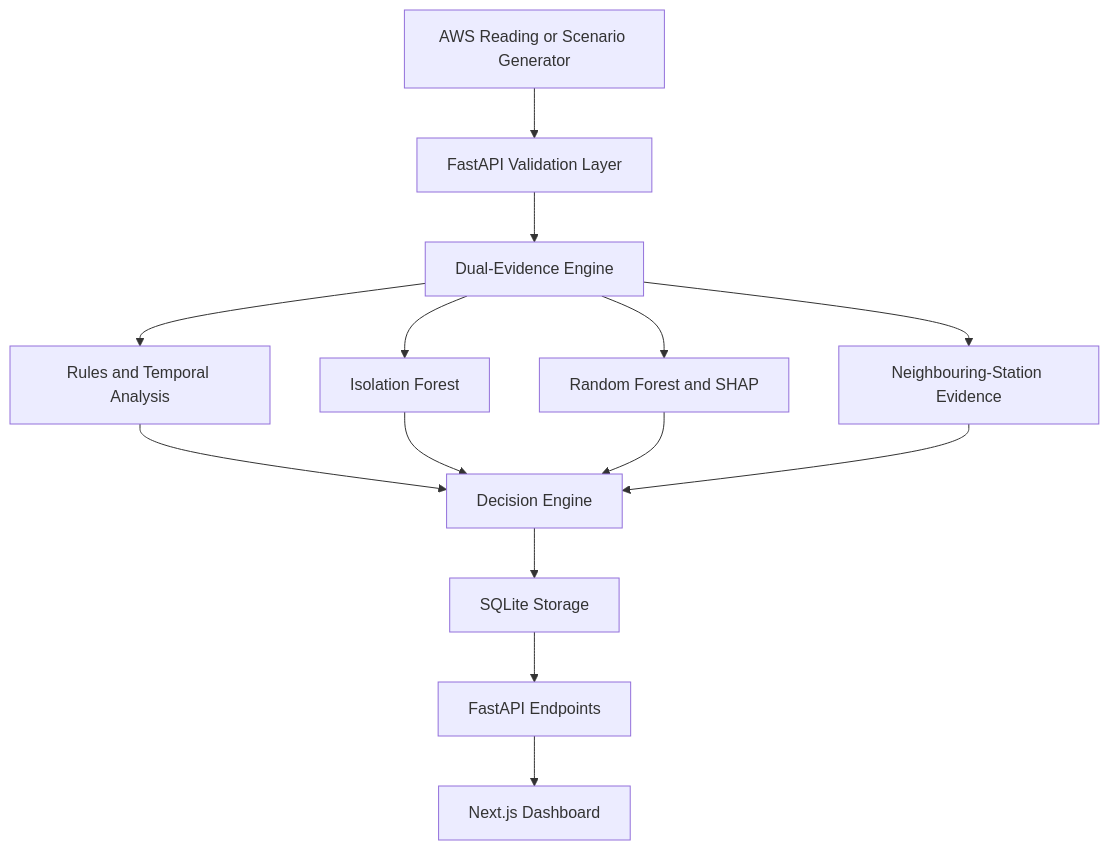
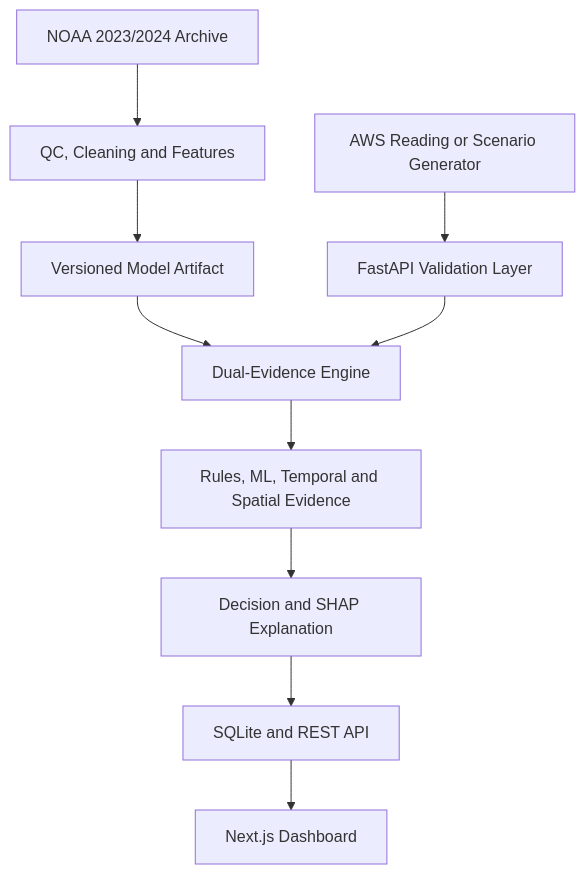
Before and after one commit to duttakritika07-web/SkyGuard-AI: the diagram in README.md, drawn with Mermaid. The commit also changed other lines of this file and 14 other files, not shown here.

Commit message:
feat: integrate NOAA historical data model

````diff
--- a/README.md
+++ b/README.md
@@ -91,16 +110,12 @@
 ```mermaid
 flowchart TD
-    A["AWS Reading or Scenario Generator"] --> B["FastAPI Validation Layer"]
-    B --> C["Dual-Evidence Engine"]
-    C --> D["Rules and Temporal Analysis"]
-    C --> E["Isolation Forest"]
-    C --> F["Random Forest and SHAP"]
-    C --> G["Neighbouring-Station Evidence"]
-    D --> H["Decision Engine"]
-    E --> H
-    F --> H
-    G --> H
-    H --> I["SQLite Storage"]
-    I --> J["FastAPI Endpoints"]
-    J --> K["Next.js Dashboard"]
+    A["NOAA 2023/2024 Archive"] --> B["QC, Cleaning and Features"]
+    B --> C["Versioned Model Artifact"]
+    D["AWS Reading or Scenario Generator"] --> E["FastAPI Validation Layer"]
+    C --> F["Dual-Evidence Engine"]
+    E --> F
+    F --> G["Rules, ML, Temporal and Spatial Evidence"]
+    G --> H["Decision and SHAP Explanation"]
+    H --> I["SQLite and REST API"]
+    I --> J["Next.js Dashboard"]
 ```
````
